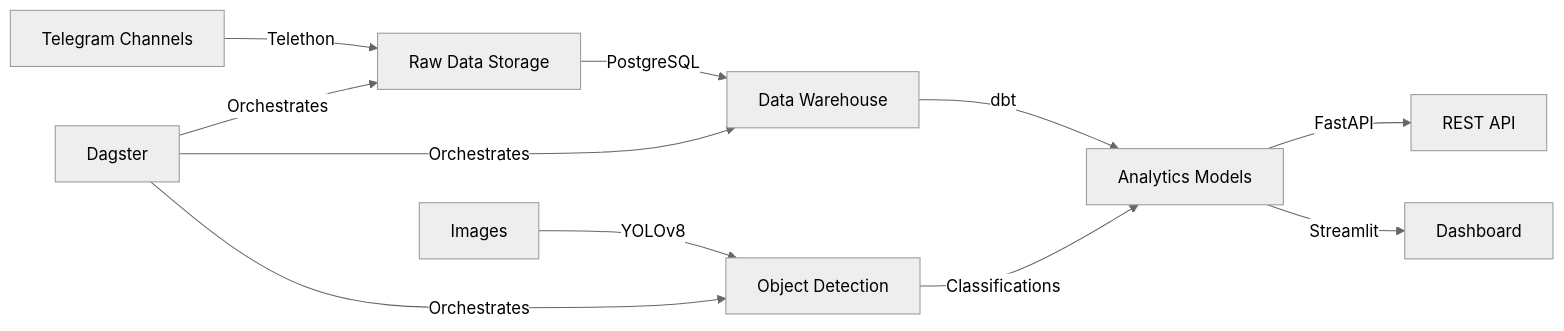
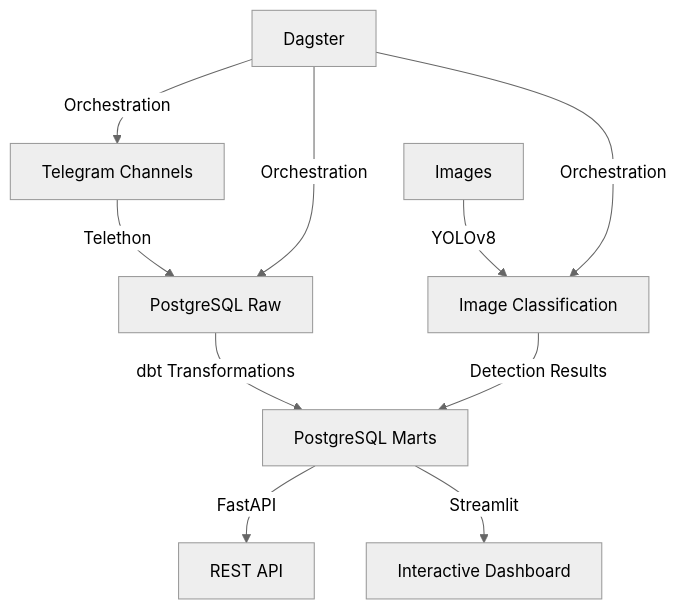
One commit to gashawbekele06/Week12-medical-telegram-warehouse changed the diagram in README.md. Above: the diagram before and after it, drawn with Mermaid (neutral theme). The commit also changed other lines of this file, not shown here.

Commit message:
docs: Update README badges, add Engineering Excellence section, and refine technical metrics, solution overview, features, architecture, and API documentation.

````diff
--- a/README.md
+++ b/README.md
@@ -166,13 +161,12 @@
 ```mermaid
-graph LR
-    A[Telegram Channels] -->|Telethon| B[Raw Data Storage]
-    B -->|PostgreSQL| C[Data Warehouse]
-    C -->|dbt| D[Analytics Models]
-    E[Images] -->|YOLOv8| F[Object Detection]
-    F -->|Classifications| D
-    D -->|FastAPI| G[REST API]
-    D -->|Streamlit| H[Dashboard]
-    I[Dagster] -->|Orchestrates| B
-    I -->|Orchestrates| C
-    I -->|Orchestrates| F
+graph TD
+    A[Telegram Channels] -->|Telethon| B[PostgreSQL Raw]
+    B -->|dbt Transformations| C[PostgreSQL Marts]
+    D[Images] -->|YOLOv8| E[Image Classification]
+    E -->|Detection Results| C
+    C -->|FastAPI| F[REST API]
+    C -->|Streamlit| G[Interactive Dashboard]
+    H[Dagster] -->|Orchestration| A
+    H -->|Orchestration| B
+    H -->|Orchestration| E
 ```
````
